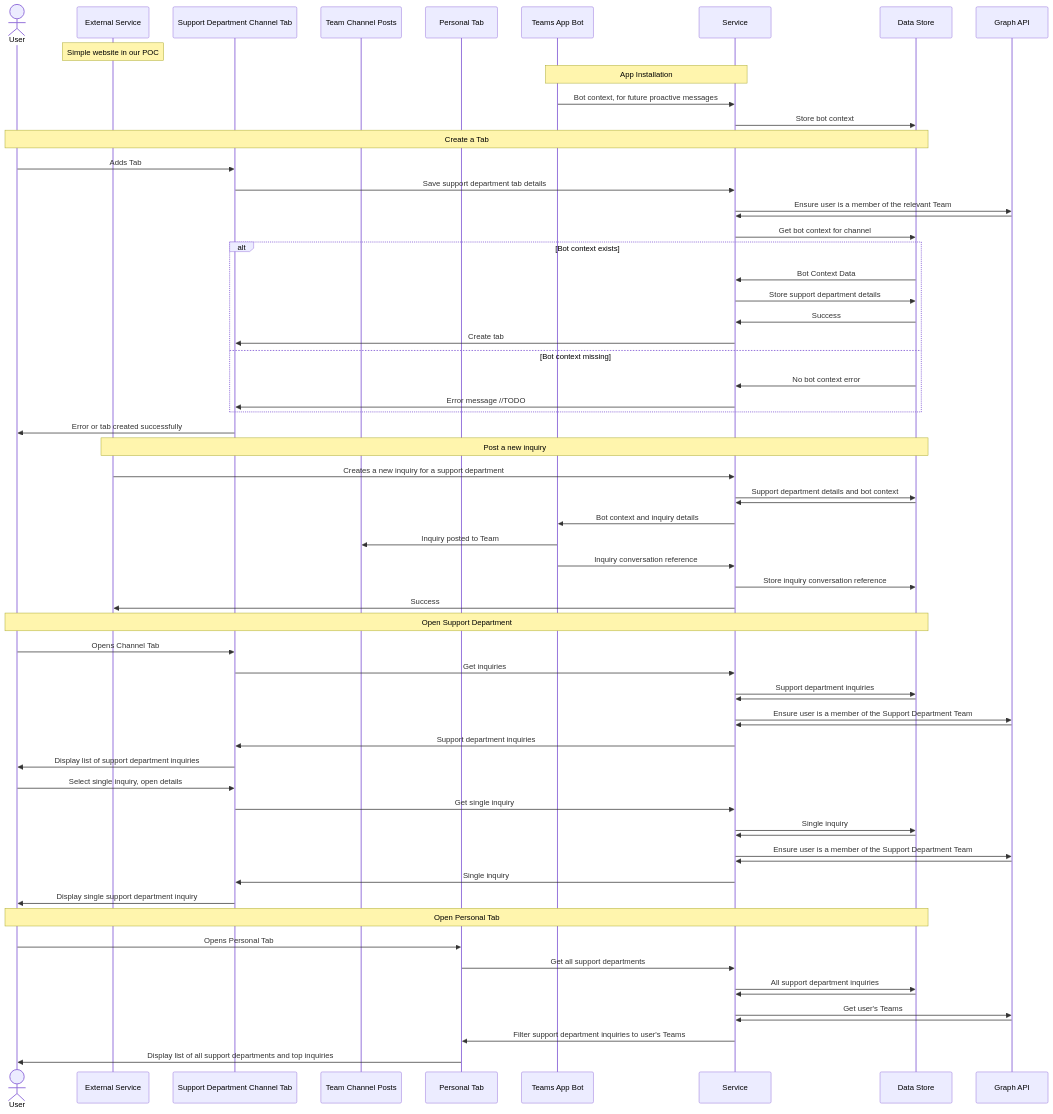
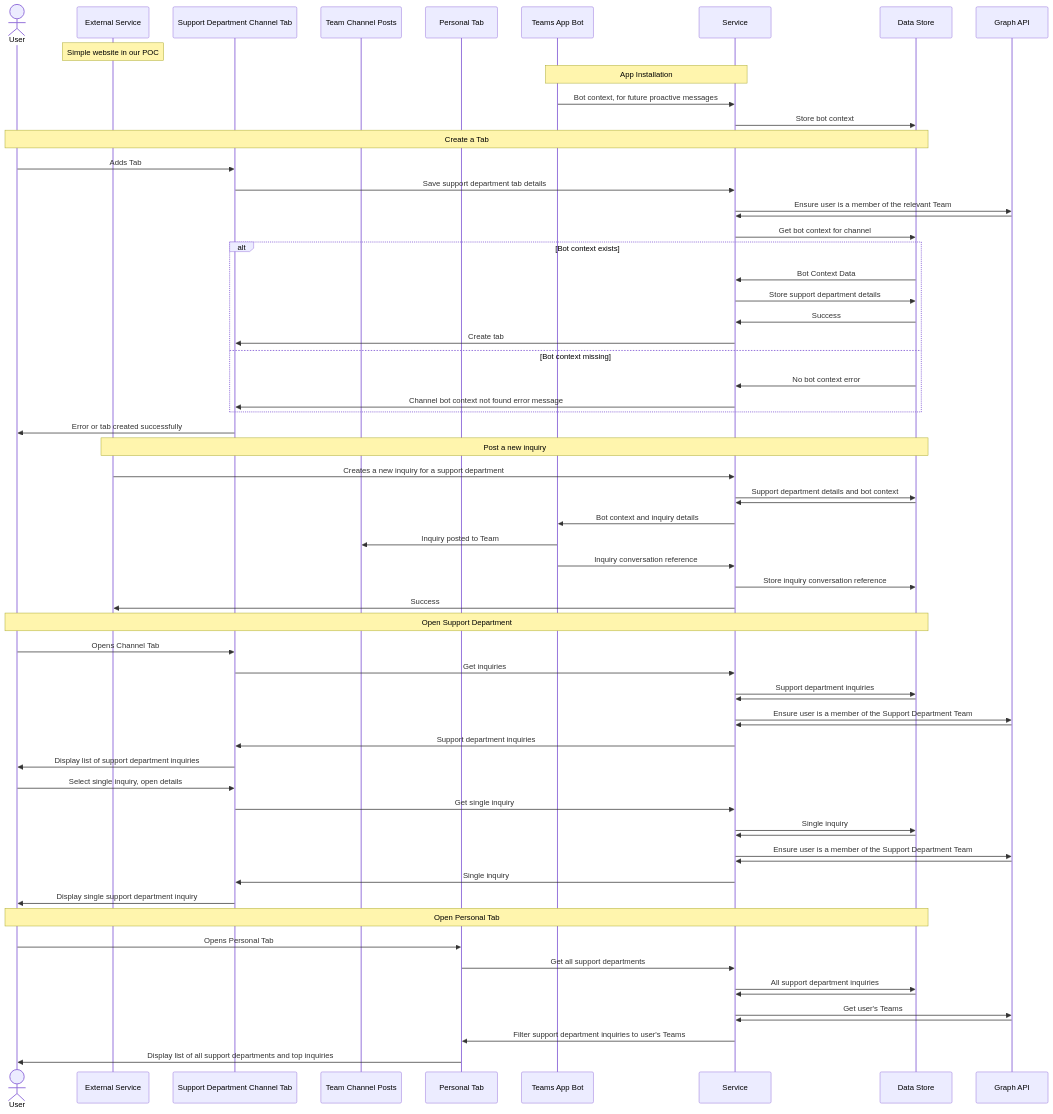
Before and after one commit to OfficeDev/Microsoft-Teams-Samples: the diagram in samples/bot-tab-conversations/csharp/README.md, drawn with Mermaid. The commit also changed other lines of this file and 3 other files, not shown here.

````diff
--- a/samples/bot-tab-conversations/csharp/README.md
+++ b/samples/bot-tab-conversations/csharp/README.md
@@ -27,73 +27,73 @@
 ```mermaid
 sequenceDiagram
     actor User as User
     participant External as External Service
     Note over External: Simple website in our POC
     participant ChannelTab as Support Department Channel Tab
     participant ChannelPosts as Team Channel Posts
     participant PersonalTab as Personal Tab
     participant Bot as Teams App Bot
     participant Service as Service
     participant DataStore as Data Store
     participant Graph as Graph API
 
     Note over Bot,Service: App Installation
     Bot ->> Service: Bot context, for future proactive messages
     Service ->> DataStore: Store bot context
 
     Note over User,DataStore: Create a Tab
     User ->> ChannelTab: Adds Tab
     ChannelTab ->> Service: Save support department tab details
     Service ->> Graph: Ensure user is a member of the relevant Team
     Graph ->> Service: 
     Service ->> DataStore: Get bot context for channel
     alt Bot context exists
         DataStore ->> Service: Bot Context Data
         Service ->> DataStore: Store support department details
         DataStore ->> Service: Success
         Service ->> ChannelTab: Create tab
     else Bot context missing
         DataStore ->> Service: No bot context error
-        Service ->> ChannelTab: Error message //TODO
+        Service ->> ChannelTab: Channel bot context not found error message 
     end
     ChannelTab ->> User: Error or tab created successfully
 
     Note over External,DataStore: Post a new inquiry
     External ->> Service: Creates a new inquiry for a support department
     Service ->> DataStore: Support department details and bot context
     DataStore ->> Service: 
     Service ->> Bot: Bot context and inquiry details
     Bot ->> ChannelPosts: Inquiry posted to Team
     Bot ->> Service: Inquiry conversation reference
     Service ->> DataStore: Store inquiry conversation reference
     Service ->> External: Success
 
     Note over User,DataStore: Open Support Department
     User ->> ChannelTab: Opens Channel Tab
     ChannelTab ->> Service: Get inquiries
     Service ->> DataStore: Support department inquiries
     DataStore ->> Service: 
     Service ->> Graph: Ensure user is a member of the Support Department Team
     Graph ->> Service: 
     Service ->> ChannelTab: Support department inquiries
     ChannelTab ->> User: Display list of support department inquiries
 
     User ->> ChannelTab: Select single inquiry, open details
     ChannelTab ->> Service: Get single inquiry
     Service ->> DataStore: Single inquiry
     DataStore ->> Service: 
     Service ->> Graph: Ensure user is a member of the Support Department Team
     Graph ->> Service: 
     Service ->> ChannelTab: Single inquiry
     ChannelTab ->> User: Display single support department inquiry
 
     Note over User,DataStore: Open Personal Tab
     User ->> PersonalTab: Opens Personal Tab
     PersonalTab ->> Service: Get all support departments
     Service ->> DataStore: All support department inquiries
     DataStore ->> Service: 
     Service ->> Graph: Get user's Teams
     Graph ->> Service: 
     Service ->> PersonalTab: Filter support department inquiries to user's Teams
     PersonalTab ->> User: Display list of all support departments and top inquiries
 ```
````
